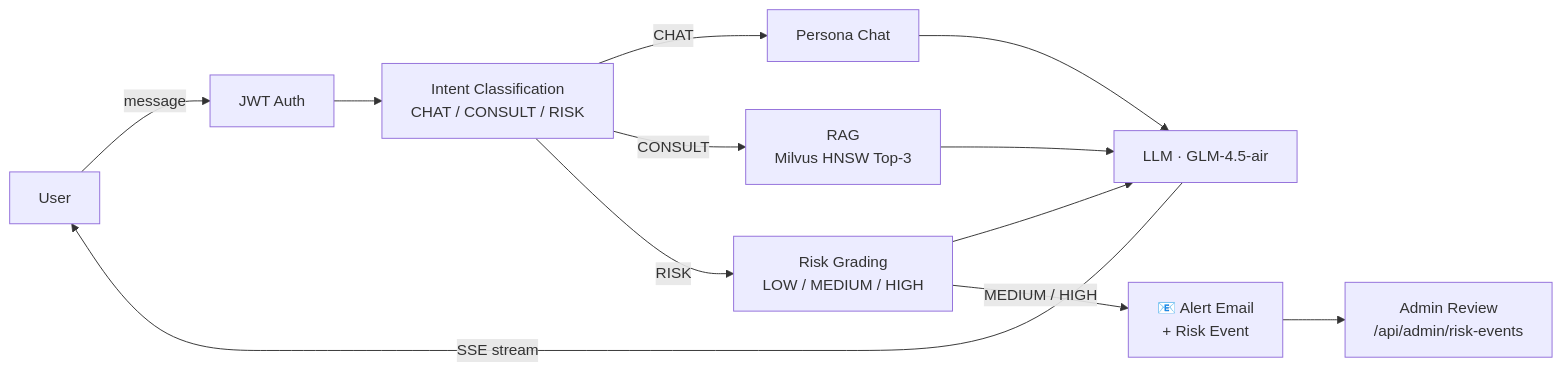
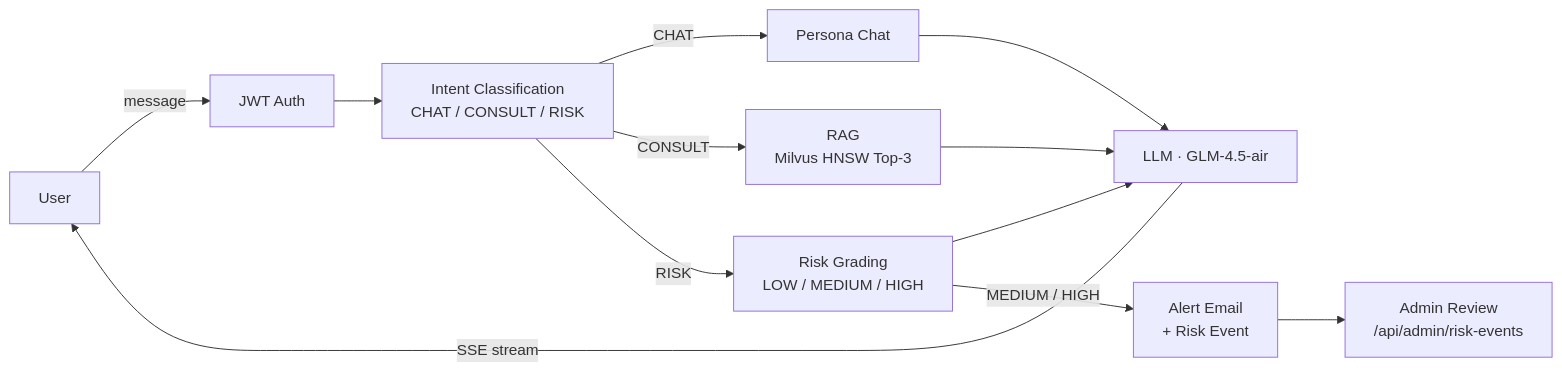
Before and after one commit to CharlsOliver-kws/Psychelink: the diagram in README.md, drawn with Mermaid. The commit also changed other lines of this file and 5 other files, not shown here.

````diff
--- a/README.md
+++ b/README.md
@@ -55,14 +50,14 @@
 ```mermaid
 flowchart LR
     U[User] -->|message| AUTH[JWT Auth]
     AUTH --> IC[Intent Classification<br/>CHAT / CONSULT / RISK]
     IC -->|CHAT| P[Persona Chat]
     IC -->|CONSULT| R[RAG<br/>Milvus HNSW Top-3]
     IC -->|RISK| RG[Risk Grading<br/>LOW / MEDIUM / HIGH]
     R --> LLM[LLM · GLM-4.5-air]
     RG --> LLM
-    RG -->|MEDIUM / HIGH| A[📧 Alert Email<br/>+ Risk Event]
+    RG -->|MEDIUM / HIGH| A[Alert Email<br/>+ Risk Event]
     P --> LLM
     LLM -->|SSE stream| U
     A --> RV[Admin Review<br/>/api/admin/risk-events]
 ```
````
